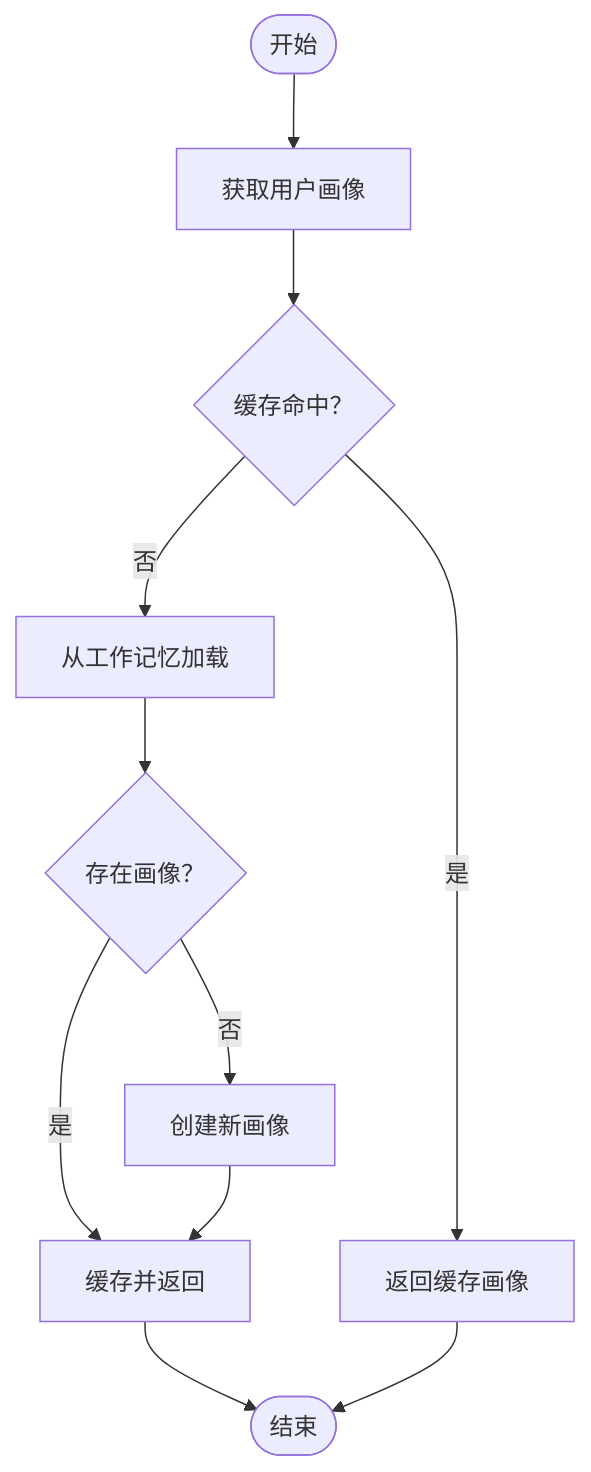
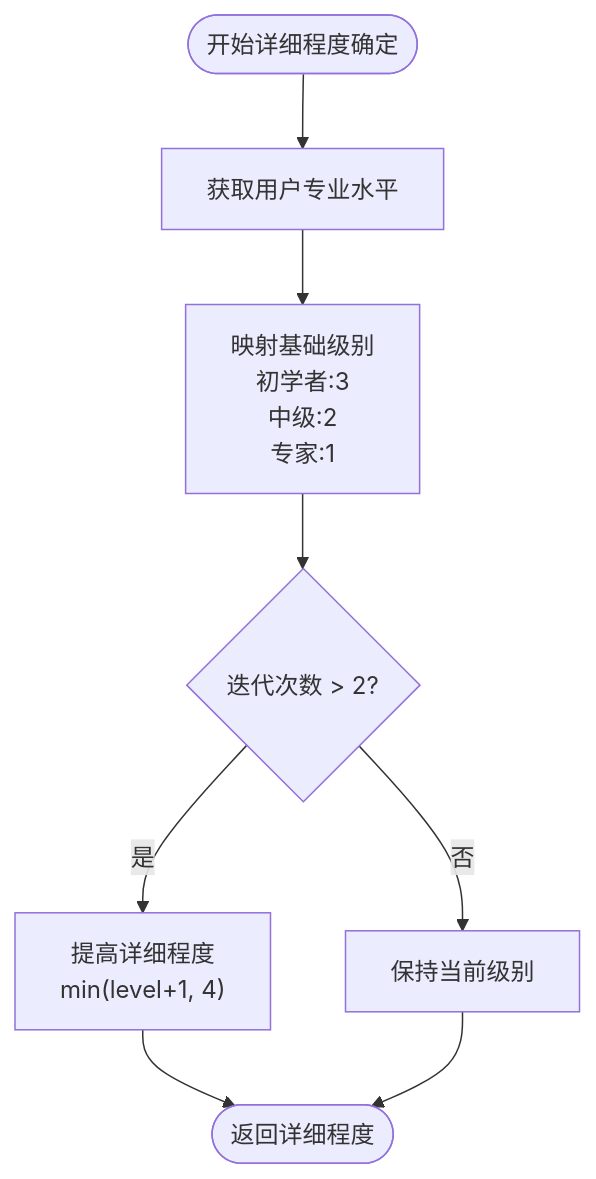
Before and after one commit to JieGaoPrinceton/NecoRAG: the fifth of 11 diagrams in .qoder/repowiki/zh/content/交互层模块/响应接口核心.md, drawn with Mermaid. The commit also changed other lines of this file and 181 other files, not shown here.

````diff
--- a/.qoder/repowiki/zh/content/交互层模块/响应接口核心.md
+++ b/.qoder/repowiki/zh/content/交互层模块/响应接口核心.md
@@ -228,13 +277,10 @@
 ```mermaid
 flowchart TD
-Start(["开始"]) --> GetProfile["获取用户画像"]
-GetProfile --> HasCache{"缓存命中？"}
-HasCache --> |是| ReturnProfile["返回缓存画像"]
-HasCache --> |否| LoadFromWM["从工作记忆加载"]
-LoadFromWM --> HasProfile{"存在画像？"}
-HasProfile --> |是| CacheIt["缓存并返回"]
-HasProfile --> |否| CreateNew["创建新画像"]
-CreateNew --> CacheIt
-CacheIt --> End(["结束"])
-ReturnProfile --> End
+Start([开始详细程度确定]) --> GetUserLevel["获取用户专业水平"]
+GetUserLevel --> GetBaseLevel["映射基础级别<br/>初学者:3<br/>中级:2<br/>专家:1"]
+GetBaseLevel --> CheckIterations{"迭代次数 > 2?"}
+CheckIterations --> |是| IncreaseLevel["提高详细程度<br/>min(level+1, 4)"]
+CheckIterations --> |否| KeepLevel["保持当前级别"]
+IncreaseLevel --> End([返回详细程度])
+KeepLevel --> End
 ```
````
